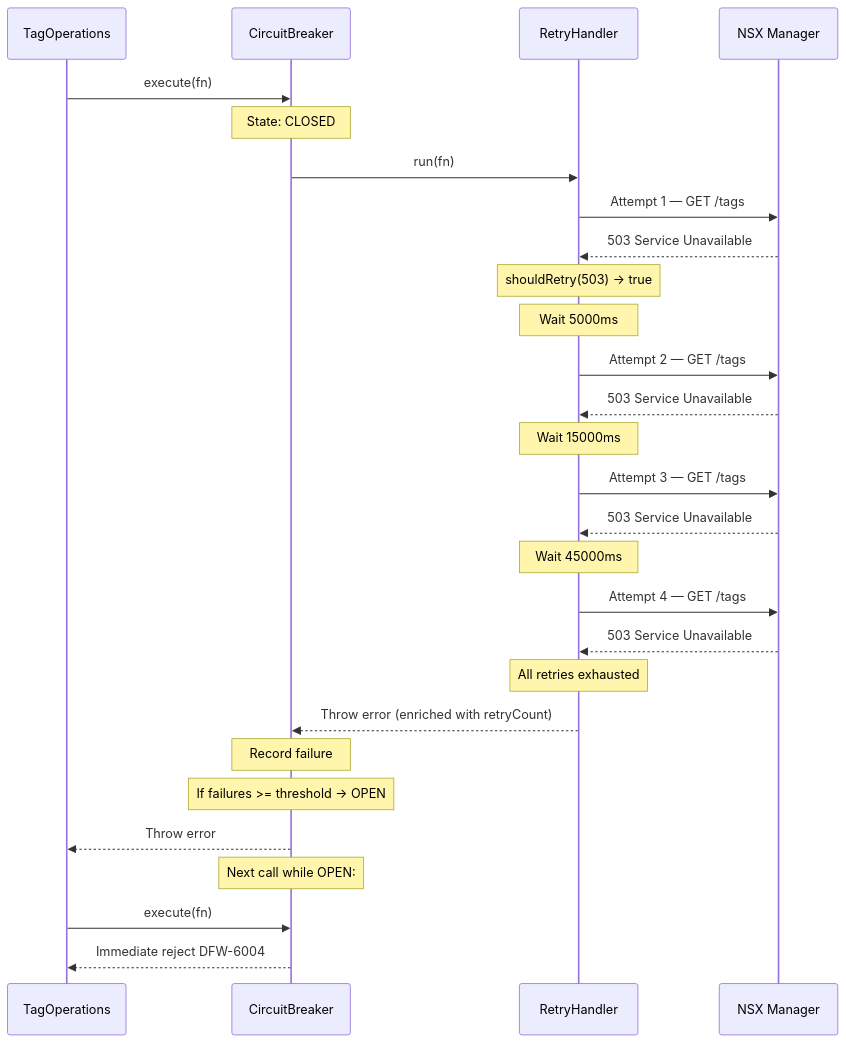
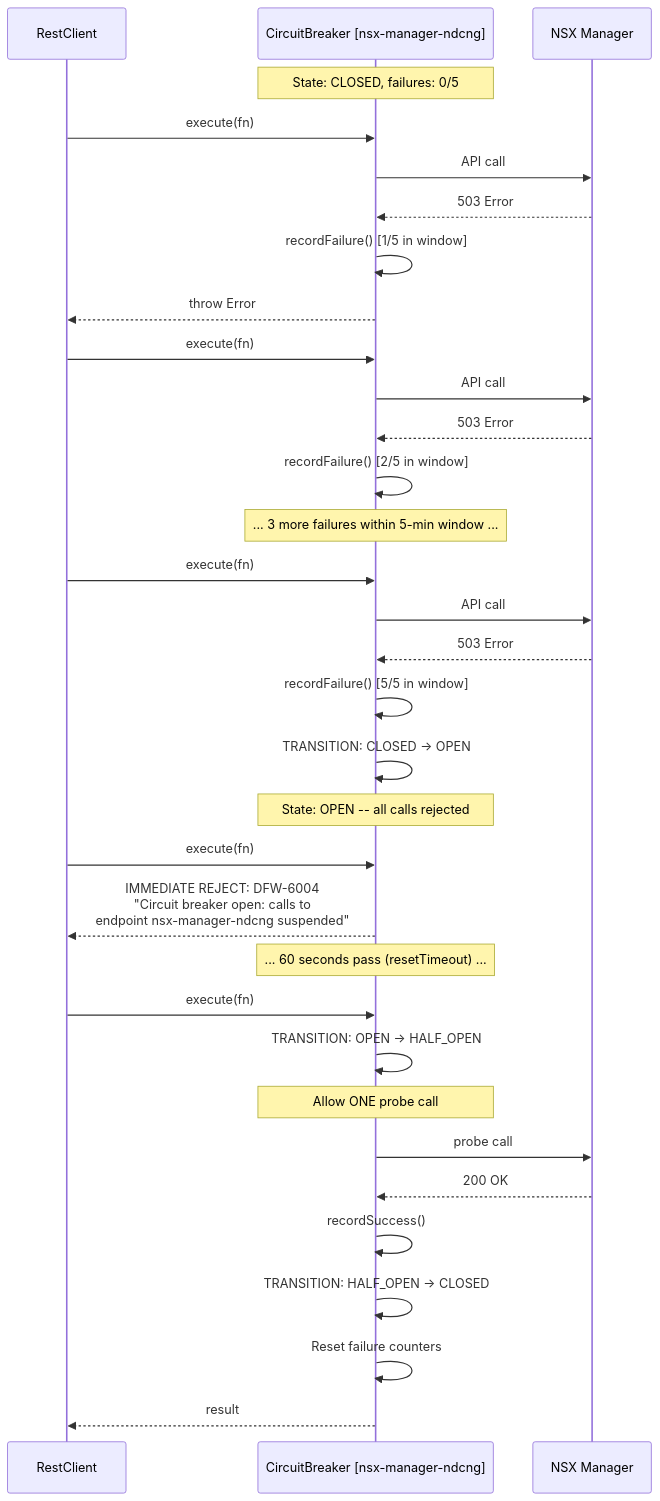
Before and after one commit to srikanth-nalam/dfw-automation-pipeline: the seventh of 10 diagrams in docs/LLD.md, drawn with Mermaid. The commit also changed other lines of this file and 5 other files, not shown here.

First line of the commit message:
feat: update schemas, OpenAPI spec, and docs for production alignment

````diff
--- a/docs/LLD.md
+++ b/docs/LLD.md
@@ -458,38 +1180,44 @@
 ```mermaid
 sequenceDiagram
-    participant Caller as TagOperations
-    participant CB as CircuitBreaker
-    participant Retry as RetryHandler
-    participant NSX as NSX Manager
+    participant Client as RestClient
+    participant CB as CircuitBreaker [nsx-manager-ndcng]
+    participant API as NSX Manager
 
-    Caller->>CB: execute(fn)
-    Note over CB: State: CLOSED
+    Note over CB: State: CLOSED, failures: 0/5
 
-    CB->>Retry: run(fn)
-    Retry->>NSX: Attempt 1 — GET /tags
-    NSX-->>Retry: 503 Service Unavailable
-    Note over Retry: shouldRetry(503) → true
-    Note over Retry: Wait 5000ms
+    Client->>CB: execute(fn)
+    CB->>API: API call
+    API-->>CB: 503 Error
+    CB->>CB: recordFailure() [1/5 in window]
+    CB-->>Client: throw Error
 
-    Retry->>NSX: Attempt 2 — GET /tags
-    NSX-->>Retry: 503 Service Unavailable
-    Note over Retry: Wait 15000ms
+    Client->>CB: execute(fn)
+    CB->>API: API call
+    API-->>CB: 503 Error
+    CB->>CB: recordFailure() [2/5 in window]
 
-    Retry->>NSX: Attempt 3 — GET /tags
-    NSX-->>Retry: 503 Service Unavailable
-    Note over Retry: Wait 45000ms
+    Note over CB: ... 3 more failures within 5-min window ...
 
-    Retry->>NSX: Attempt 4 — GET /tags
-    NSX-->>Retry: 503 Service Unavailable
-    Note over Retry: All retries exhausted
+    Client->>CB: execute(fn)
+    CB->>API: API call
+    API-->>CB: 503 Error
+    CB->>CB: recordFailure() [5/5 in window]
+    CB->>CB: TRANSITION: CLOSED -> OPEN
 
-    Retry-->>CB: Throw error (enriched with retryCount)
-    Note over CB: Record failure #N
-    Note over CB: If failures >= threshold → OPEN
+    Note over CB: State: OPEN -- all calls rejected
 
-    CB-->>Caller: Throw error
+    Client->>CB: execute(fn)
+    CB-->>Client: IMMEDIATE REJECT: DFW-6004<br/>"Circuit breaker open: calls to<br/>endpoint nsx-manager-ndcng suspended"
 
-    Note over CB: Next call while OPEN:
-    Caller->>CB: execute(fn)
-    CB-->>Caller: Immediate reject DFW-6004
+    Note over CB: ... 60 seconds pass (resetTimeout) ...
+
+    Client->>CB: execute(fn)
+    CB->>CB: TRANSITION: OPEN -> HALF_OPEN
+    Note over CB: Allow ONE probe call
+    CB->>API: probe call
+    API-->>CB: 200 OK
+    CB->>CB: recordSuccess()
+    CB->>CB: TRANSITION: HALF_OPEN -> CLOSED
+    CB->>CB: Reset failure counters
+    CB-->>Client: result
 ```
````
